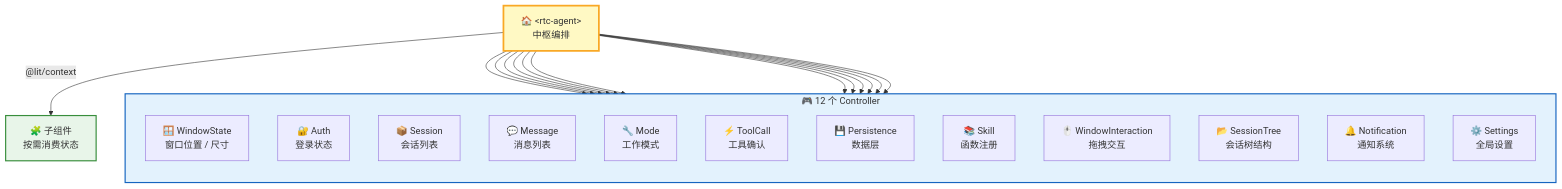
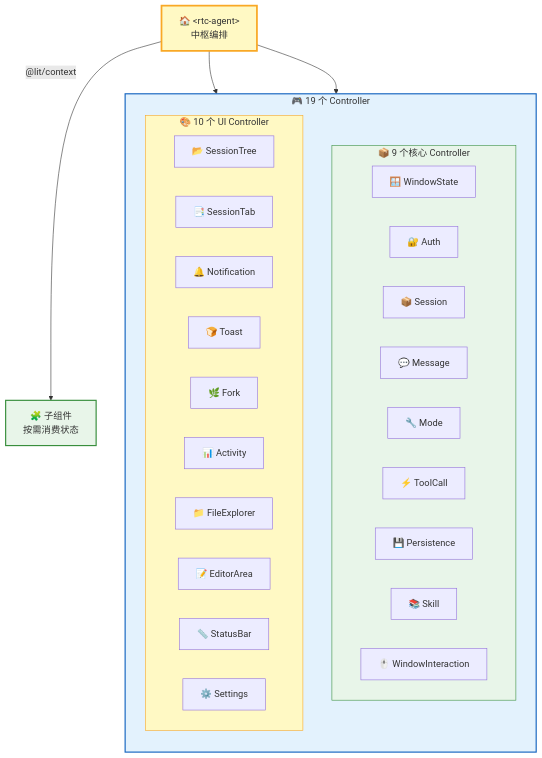
Before and after one commit to rtc-agent/docs: the third of 9 diagrams in src/content/docs/architecture/frontend.md, drawn with Mermaid. The commit also changed other lines of this file and 17 other files, not shown here.

````diff
--- a/src/content/docs/architecture/frontend.md
+++ b/src/content/docs/architecture/frontend.md
@@ -111,37 +115,40 @@
 ```mermaid
 flowchart TD
-    subgraph CONTROLLERS["🎮 12 个 Controller"]
+    subgraph CONTROLLERS["🎮 19 个 Controller"]
         direction TB
-        C1["🪟 WindowState<br/>窗口位置 / 尺寸"]
-        C2["🔐 Auth<br/>登录状态"]
-        C3["📦 Session<br/>会话列表"]
-        C4["💬 Message<br/>消息列表"]
-        C5["🔧 Mode<br/>工作模式"]
-        C6["⚡ ToolCall<br/>工具确认"]
-        C7["💾 Persistence<br/>数据层"]
-        C8["📚 Skill<br/>函数注册"]
-        C9["🖱️ WindowInteraction<br/>拖拽交互"]
-        C10["📂 SessionTree<br/>会话树结构"]
-        C11["🔔 Notification<br/>通知系统"]
-        C12["⚙️ Settings<br/>全局设置"]
+        subgraph CORE["📦 9 个核心 Controller"]
+            C1["🪟 WindowState"]
+            C2["🔐 Auth"]
+            C3["📦 Session"]
+            C4["💬 Message"]
+            C5["🔧 Mode"]
+            C6["⚡ ToolCall"]
+            C7["💾 Persistence"]
+            C8["📚 Skill"]
+            C9["🖱️ WindowInteraction"]
+        end
+        subgraph UI["🎨 10 个 UI Controller"]
+            C10["📂 SessionTree"]
+            C11["📑 SessionTab"]
+            C12["🔔 Notification"]
+            C13["🍞 Toast"]
+            C14["🌿 Fork"]
+            C15["📊 Activity"]
+            C16["📁 FileExplorer"]
+            C17["📝 EditorArea"]
+            C18["📏 StatusBar"]
+            C19["⚙️ Settings"]
+        end
     end
 
-    ROOT["🏠 &lt;rtc-agent&gt;<br/>中枢编排"] --> C1
-    ROOT --> C2
-    ROOT --> C3
-    ROOT --> C4
-    ROOT --> C5
-    ROOT --> C6
-    ROOT --> C7
-    ROOT --> C8
-    ROOT --> C9
-    ROOT --> C10
-    ROOT --> C11
-    ROOT --> C12
+    ROOT["🏠 &lt;rtc-agent&gt;<br/>中枢编排"] --> CORE
+    ROOT --> UI
 
     ROOT -->|"@lit/context"| CHILDREN["🧩 子组件<br/>按需消费状态"]
 
     style ROOT fill:#fff9c4,stroke:#f9a825,stroke-width:3px
     style CONTROLLERS fill:#e3f2fd,stroke:#1565c0,stroke-width:2px
+    style CORE fill:#e8f5e9,stroke:#388e3c,stroke-width:1px
+    style UI fill:#fff9c4,stroke:#f9a825,stroke-width:1px
     style CHILDREN fill:#e8f5e9,stroke:#388e3c,stroke-width:2px
 ```
````
